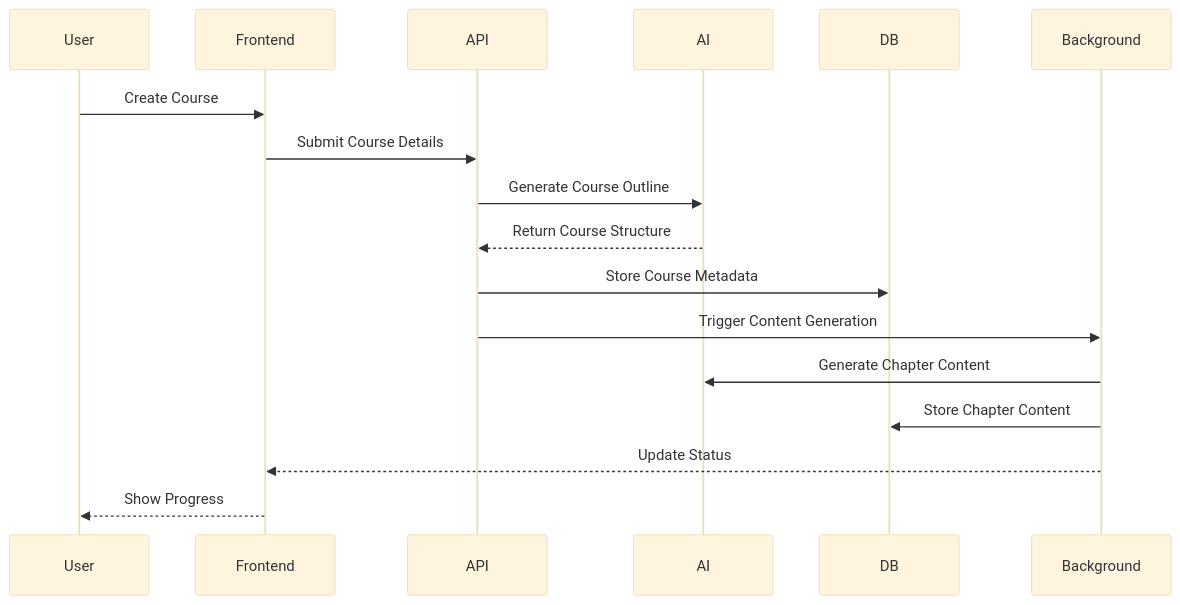
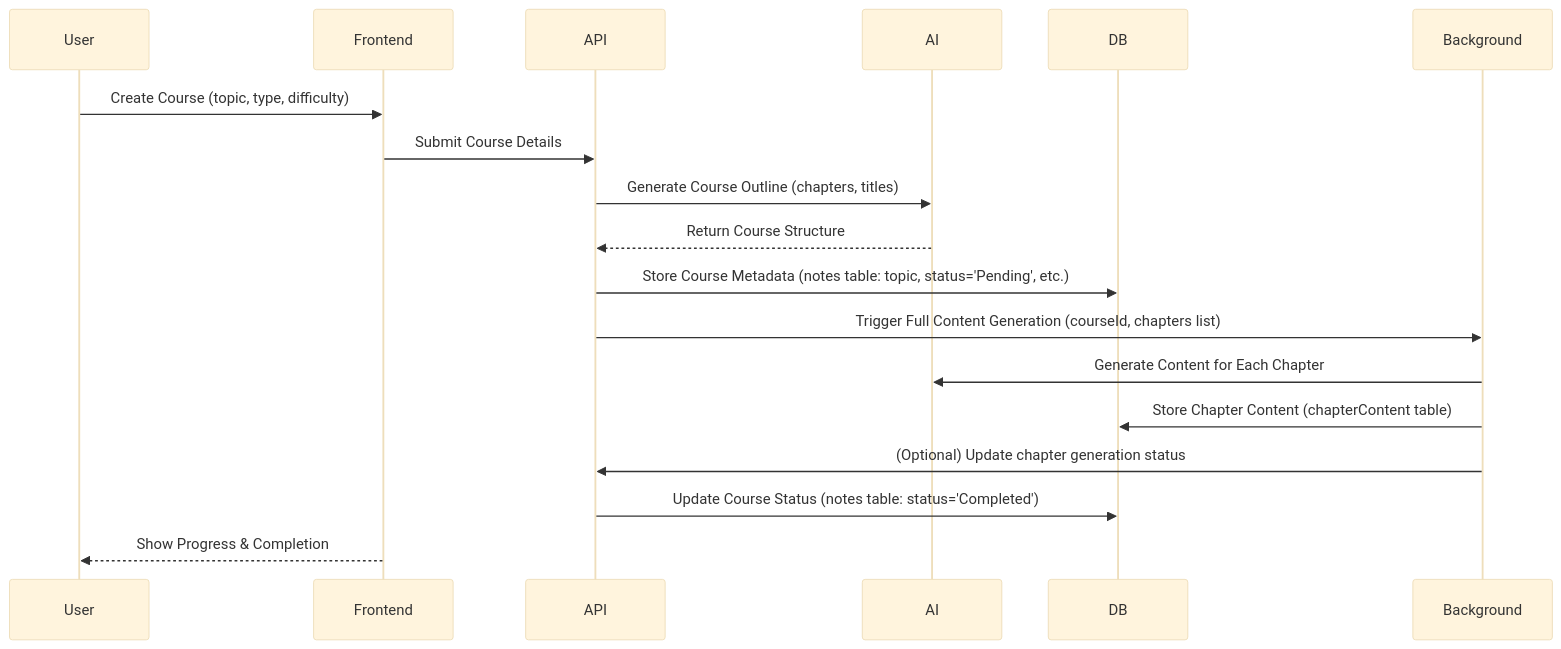
The third of 4 diagrams in README.md (ItsRudraksh/studymate-ai), drawn with Mermaid (base theme) before and after one commit. The commit also changed other lines of this file and 18 other files, not shown here.

````diff
--- a/README.md
+++ b/README.md
@@ -109,20 +127,21 @@
 ```mermaid
 sequenceDiagram
     participant User
     participant Frontend
     participant API
     participant AI
     participant DB
     participant Background
 
-    User->>Frontend: Create Course
+    User->>Frontend: Create Course (topic, type, difficulty)
     Frontend->>API: Submit Course Details
-    API->>AI: Generate Course Outline
+    API->>AI: Generate Course Outline (chapters, titles)
     AI-->>API: Return Course Structure
-    API->>DB: Store Course Metadata
-    API->>Background: Trigger Content Generation
-    Background->>AI: Generate Chapter Content
-    Background->>DB: Store Chapter Content
-    Background-->>Frontend: Update Status
-    Frontend-->>User: Show Progress
+    API->>DB: Store Course Metadata (notes table: topic, status='Pending', etc.)
+    API->>Background: Trigger Full Content Generation (courseId, chapters list)
+    Background->>AI: Generate Content for Each Chapter
+    Background->>DB: Store Chapter Content (chapterContent table)
+    Background->>API: (Optional) Update chapter generation status
+    API->>DB: Update Course Status (notes table: status='Completed')
+    Frontend-->>User: Show Progress & Completion
 ```
````
